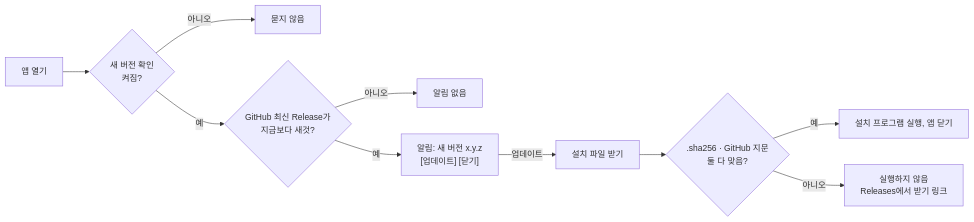
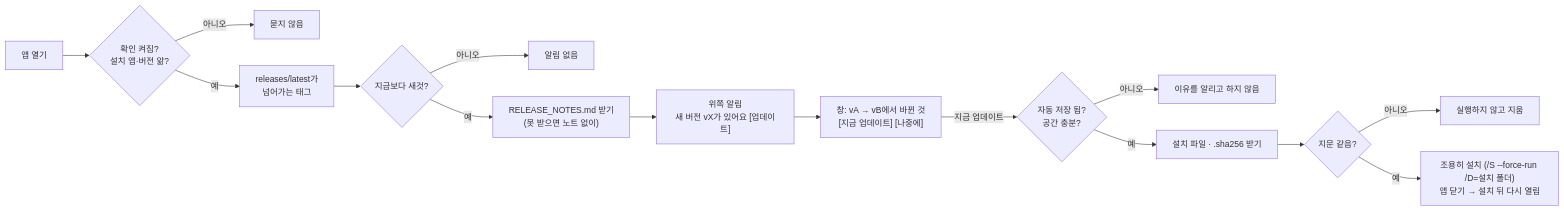
The second of 3 diagrams in docs/files.md (jinhangcho-ops/app-architect-studio), drawn with Mermaid before and after one commit. The commit also changed other lines of this file and 15 other files, not shown here.

First line of the commit message:
Update notes and one-click silent update; release notes from CHANGELOG

````diff
--- a/docs/files.md
+++ b/docs/files.md
@@ -40,11 +40,15 @@
 ```mermaid
 flowchart LR
-  A["앱 열기"] --> B{"새 버전 확인<br/>켜짐?"}
+  A["앱 열기"] --> B{"확인 켜짐?<br/>설치 앱·버전 앎?"}
   B -- 아니오 --> Z["묻지 않음"]
-  B -- 예 --> C{"GitHub 최신 Release가<br/>지금보다 새것?"}
-  C -- 아니오 --> Z2["알림 없음"]
-  C -- 예 --> D["알림: 새 버전 x.y.z<br/>[업데이트] [닫기]"]
-  D -- 업데이트 --> E["설치 파일 받기"] --> F{".sha256 · GitHub 지문<br/>둘 다 맞음?"}
-  F -- 예 --> G["설치 프로그램 실행, 앱 닫기"]
-  F -- 아니오 --> H["실행하지 않음<br/>Releases에서 받기 링크"]
+  B -- 예 --> C["releases/latest가<br/>넘어가는 태그"]
+  C --> D{"지금보다 새것?"}
+  D -- 아니오 --> Z2["알림 없음"]
+  D -- 예 --> N["RELEASE_NOTES.md 받기<br/>(못 받으면 노트 없이)"] --> E["위쪽 알림<br/>새 버전 vX가 있어요 [업데이트]"]
+  E --> F["창: vA → vB에서 바뀐 것<br/>[지금 업데이트] [나중에]"]
+  F -- 지금 업데이트 --> G{"자동 저장 됨?<br/>공간 충분?"}
+  G -- 아니오 --> R["이유를 알리고 하지 않음"]
+  G -- 예 --> H["설치 파일 · .sha256 받기"] --> I{"지문 같음?"}
+  I -- 아니오 --> X["실행하지 않고 지움"]
+  I -- 예 --> J["조용히 설치 (/S --force-run /D=설치 폴더)<br/>앱 닫기 → 설치 뒤 다시 열림"]
 ```
````
